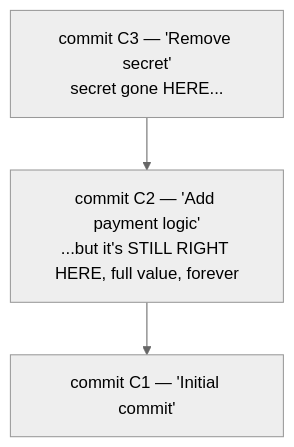
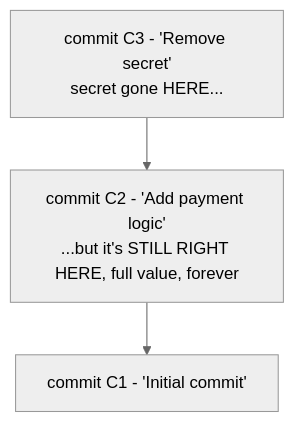
The diagram in guides/security/secrets-management/02-keep-them-out-of-code.md (Topurrra/themissingmanual), drawn with Mermaid (neutral theme) before and after one commit. The commit also changed other lines of this file and 1072 other files, not shown here.

````diff
--- a/guides/security/secrets-management/02-keep-them-out-of-code.md
+++ b/guides/security/secrets-management/02-keep-them-out-of-code.md
@@ -101,7 +101,7 @@
 ```mermaid
 flowchart TD
-  c3["commit C3 — 'Remove secret'<br/>secret gone HERE..."]
-  c2["commit C2 — 'Add payment logic'<br/>...but it's STILL RIGHT HERE, full value, forever"]
-  c1["commit C1 — 'Initial commit'"]
+  c3["commit C3 - 'Remove secret'<br/>secret gone HERE..."]
+  c2["commit C2 - 'Add payment logic'<br/>...but it's STILL RIGHT HERE, full value, forever"]
+  c1["commit C1 - 'Initial commit'"]
   c3 --> c2 --> c1
 ```
````
